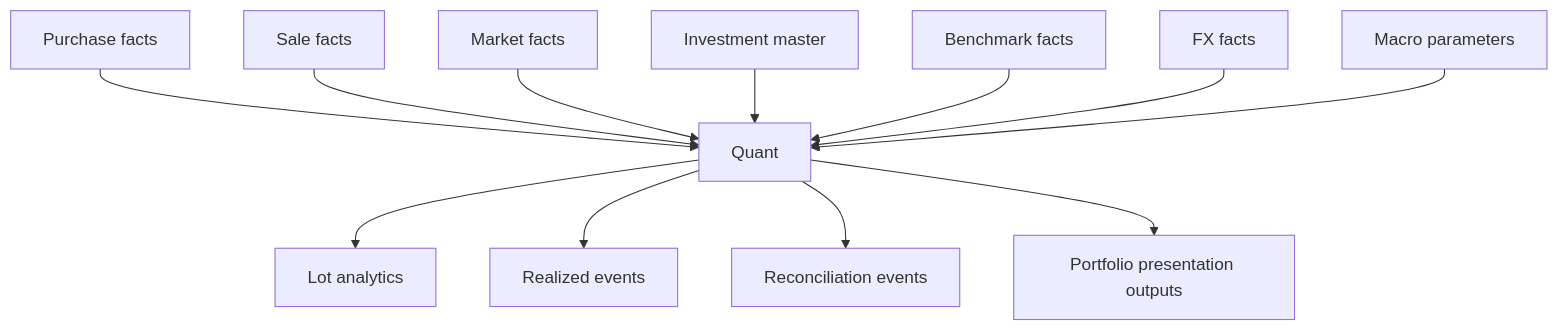
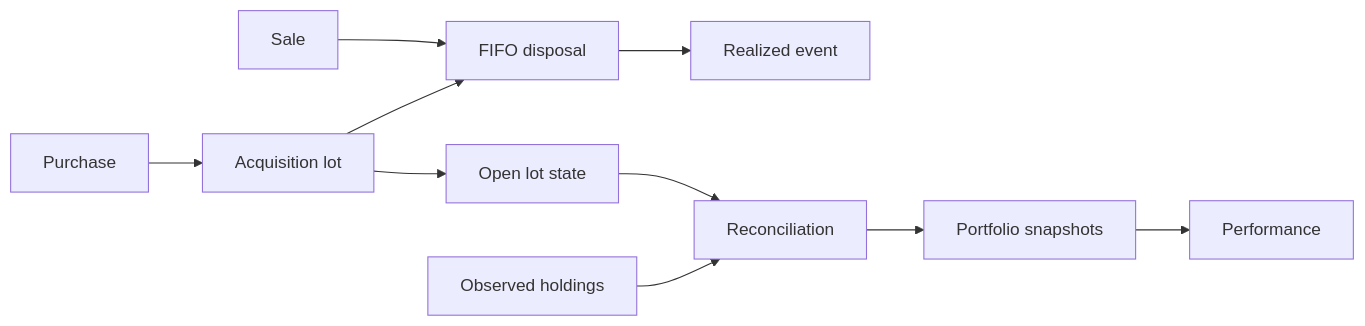
The eighth of 11 diagrams in docs/architecture/data-lifecycle.md (tks18/personal-finance-etl), drawn with Mermaid before and after one commit. The commit also changed other lines of this file and 10 other files, not shown here.

Commit message:
docs: update docs/architecture for latest version

````diff
--- a/docs/architecture/data-lifecycle.md
+++ b/docs/architecture/data-lifecycle.md
@@ -342,14 +390,12 @@
 ```mermaid
-flowchart TB
-    P[Purchase facts] --> Q[Quant]
-    S[Sale facts] --> Q
-    M[Market facts] --> Q
-    I[Investment master] --> Q
-    B[Benchmark facts] --> Q
-    FX[FX facts] --> Q
-    MAC[Macro parameters] --> Q
-    Q --> LOT[Lot analytics]
-    Q --> REAL[Realized events]
-    Q --> RECON[Reconciliation events]
-    Q --> PORT[Portfolio presentation outputs]
+flowchart LR
+    P[Purchase] --> L[Acquisition lot]
+    S[Sale] --> F[FIFO disposal]
+    L --> F
+    F --> R[Realized event]
+    L --> OPEN[Open lot state]
+    OPEN --> REC[Reconciliation]
+    OBS[Observed holdings] --> REC
+    REC --> SNAP[Portfolio snapshots]
+    SNAP --> PERF[Performance]
 ```
````
